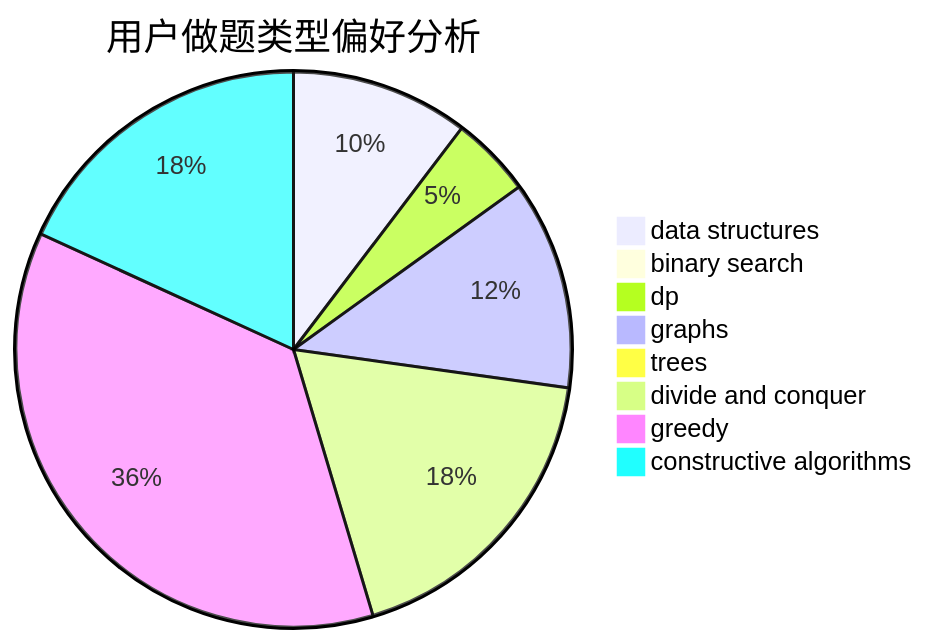
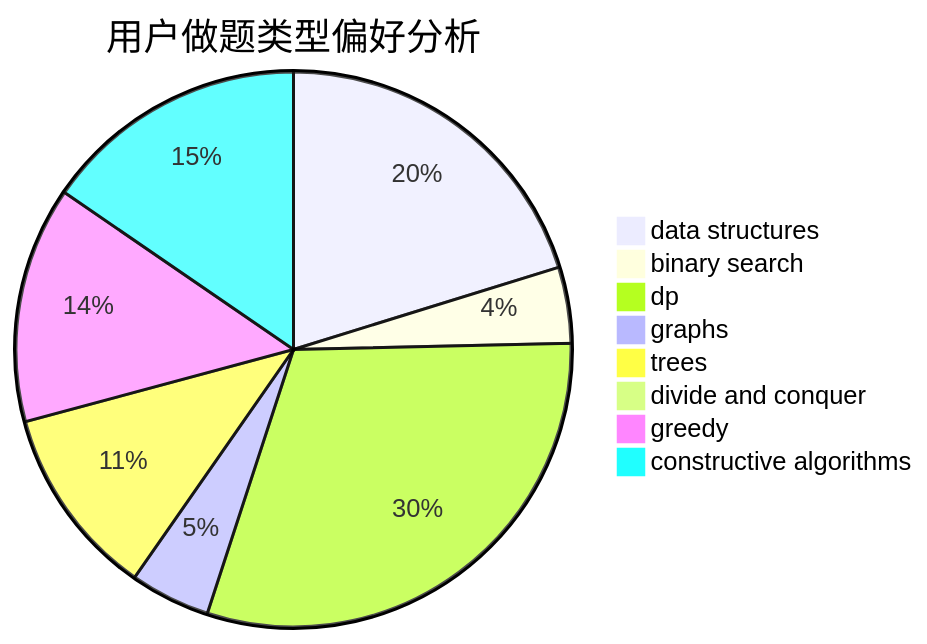
The second of 3 diagrams in docs/user/u88.md (sherpahu/cfrs.github.io), drawn with Mermaid before and after one commit. The commit also changed other lines of this file and 2770 other files, not shown here.

````diff
--- a/docs/user/u88.md
+++ b/docs/user/u88.md
@@ -23,11 +23,11 @@
 ```mermaid
 pie title 用户做题类型偏好分析
-    "data structures" :  103
-    "binary search" :  2
-    "dp" :  47
-    "graphs" :  121
-    "trees" :  8
-    "divide and conquer" :  181
-    "greedy" :  363
-    "constructive algorithms" :  181
+    "data structures" :  169
+    "binary search" :  37
+    "dp" :  254
+    "graphs" :  39
+    "trees" :  93
+    "divide and conquer" :  4
+    "greedy" :  115
+    "constructive algorithms" :  129
 ```
````
